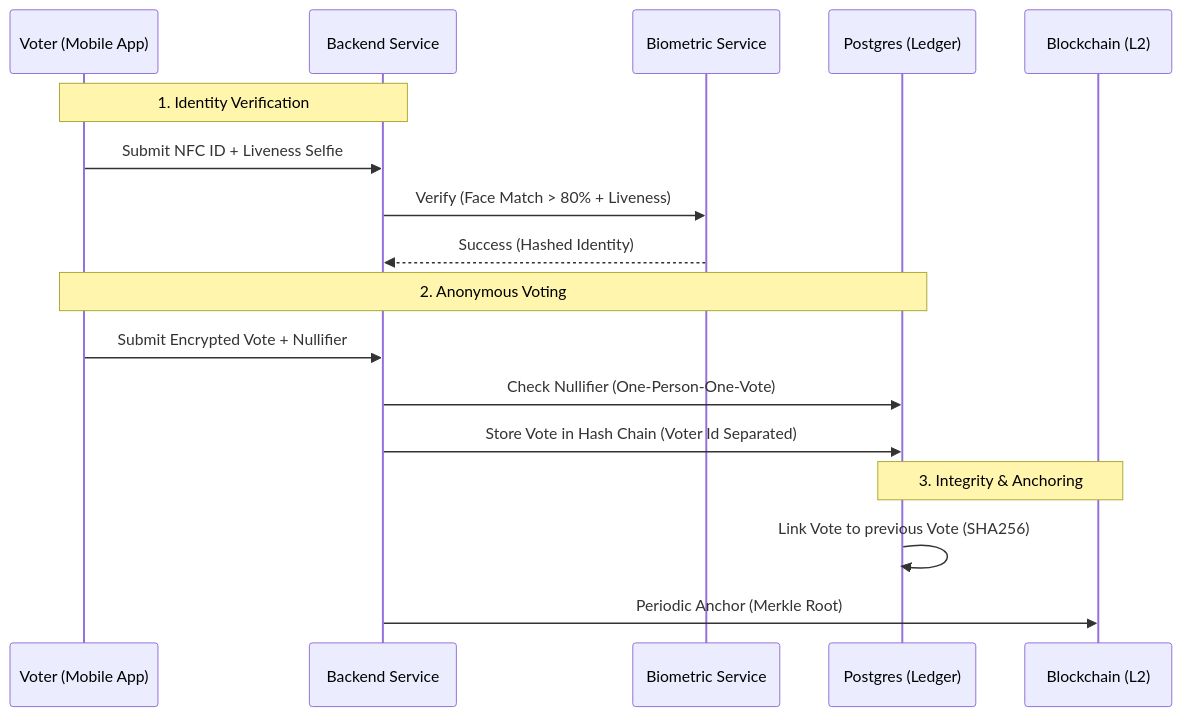
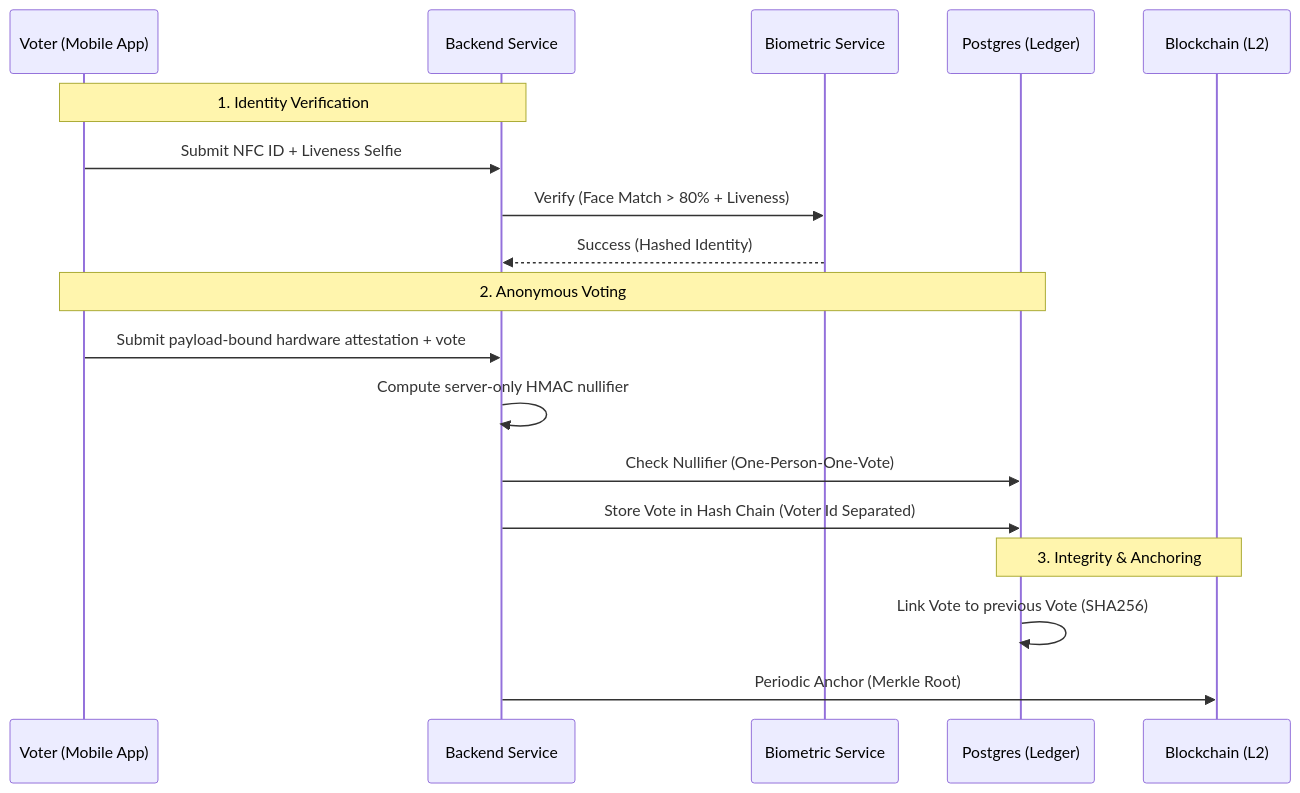
One commit to 42prom/Democracy-Tools-of-Georgia changed the first of 3 diagrams in README.md. Above: the diagram before and after it, drawn with Mermaid. The commit also changed other lines of this file and 204 other files, not shown here.

````diff
--- a/README.md
+++ b/README.md
@@ -69,22 +69,23 @@
 ```mermaid
 sequenceDiagram
     participant Voter as Voter (Mobile App)
     participant Backend as Backend Service
     participant Bio as Biometric Service
     participant DB as Postgres (Ledger)
     participant BC as Blockchain (L2)
 
     Note over Voter, Backend: 1. Identity Verification
     Voter->>Backend: Submit NFC ID + Liveness Selfie
     Backend->>Bio: Verify (Face Match > 80% + Liveness)
     Bio-->>Backend: Success (Hashed Identity)
 
     Note over Voter, DB: 2. Anonymous Voting
-    Voter->>Backend: Submit Encrypted Vote + Nullifier
+    Voter->>Backend: Submit payload-bound hardware attestation + vote
+    Backend->>Backend: Compute server-only HMAC nullifier
     Backend->>DB: Check Nullifier (One-Person-One-Vote)
     Backend->>DB: Store Vote in Hash Chain (Voter Id Separated)
 
     Note over DB, BC: 3. Integrity & Anchoring
     DB->>DB: Link Vote to previous Vote (SHA256)
     Backend->>BC: Periodic Anchor (Merkle Root)
 ```
````
